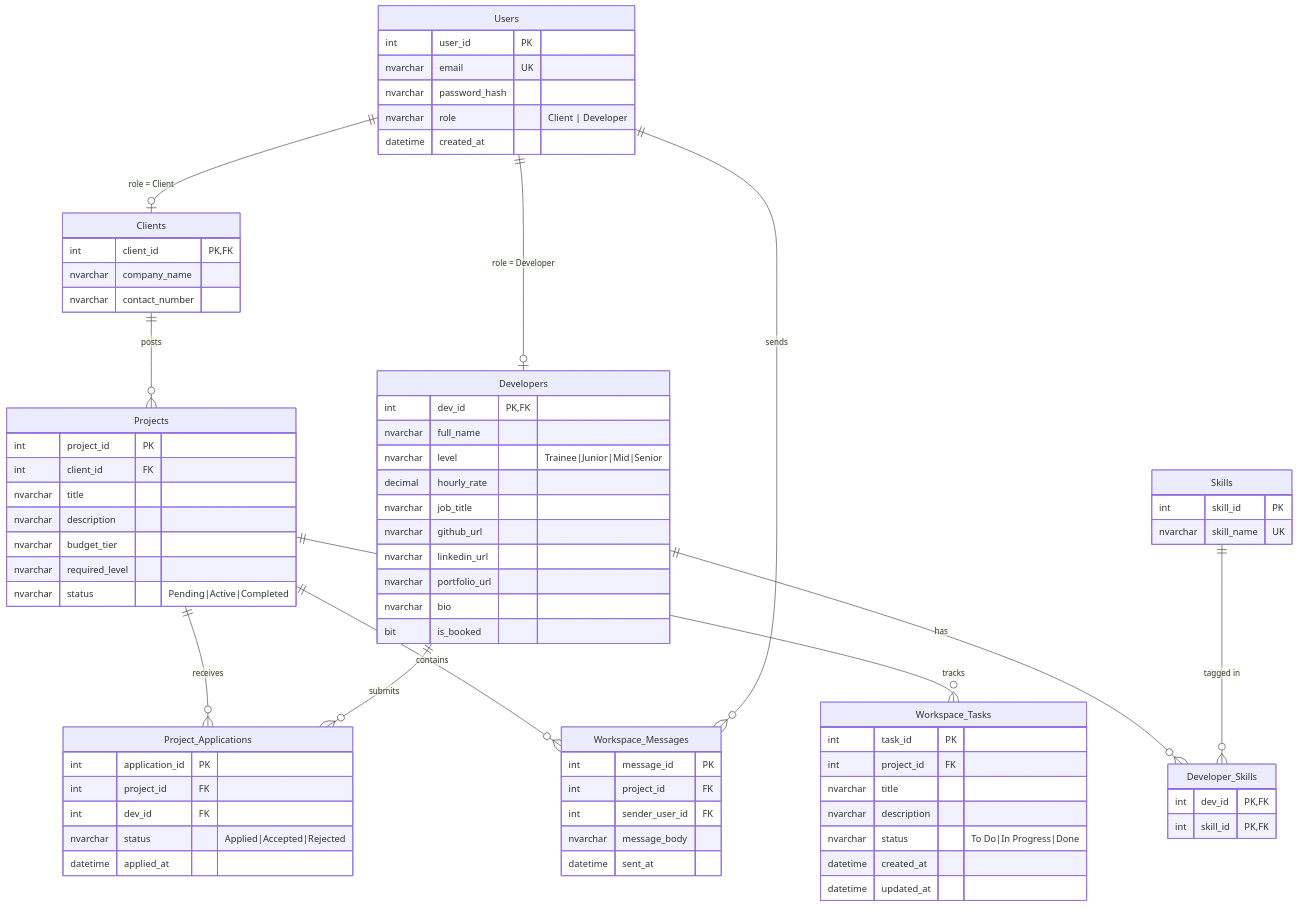
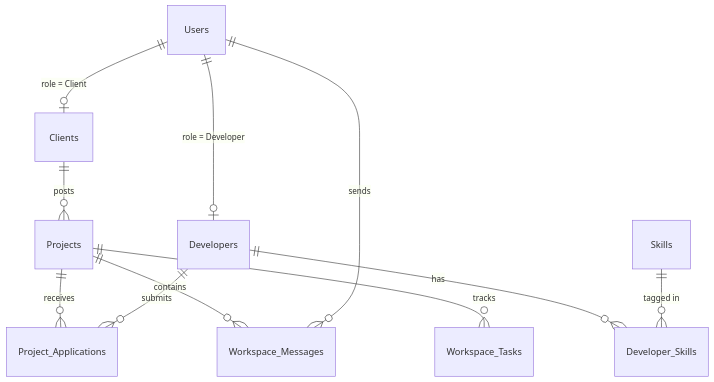
The third of 3 diagrams in README.md (qhmed67/ReadmeTest), drawn with Mermaid before and after one commit. The commit also changed other lines of this file, not shown here.

````diff
--- a/README.md
+++ b/README.md
@@ -157,77 +148,4 @@
     Projects ||--o{ Workspace_Messages : "contains"
     Users ||--o{ Workspace_Messages : "sends"
     Projects ||--o{ Workspace_Tasks : "tracks"
-
-    Users {
-        int user_id PK
-        nvarchar email UK
-        nvarchar password_hash
-        nvarchar role "Client | Developer"
-        datetime created_at
-    }
-
-    Clients {
-        int client_id PK,FK
-        nvarchar company_name
-        nvarchar contact_number
-    }
-
-    Developers {
-        int dev_id PK,FK
-        nvarchar full_name
-        nvarchar level "Trainee|Junior|Mid|Senior"
-        decimal hourly_rate
-        nvarchar job_title
-        nvarchar github_url
-        nvarchar linkedin_url
-        nvarchar portfolio_url
-        nvarchar bio
-        bit is_booked
-    }
-
-    Skills {
-        int skill_id PK
-        nvarchar skill_name UK
-    }
-
-    Developer_Skills {
-        int dev_id PK,FK
-        int skill_id PK,FK
-    }
-
-    Projects {
-        int project_id PK
-        int client_id FK
-        nvarchar title
-        nvarchar description
-        nvarchar budget_tier
-        nvarchar required_level
-        nvarchar status "Pending|Active|Completed"
-    }
-
-    Project_Applications {
-        int application_id PK
-        int project_id FK
-        int dev_id FK
-        nvarchar status "Applied|Accepted|Rejected"
-        datetime applied_at
-    }
-
-    Workspace_Messages {
-        int message_id PK
-        int project_id FK
-        int sender_user_id FK
-        nvarchar message_body
-        datetime sent_at
-    }
-
-    Workspace_Tasks {
-        int task_id PK
-        int project_id FK
-        nvarchar title
-        nvarchar description
-        nvarchar status "To Do|In Progress|Done"
-        datetime created_at
-        datetime updated_at
-    }
 ```
````
